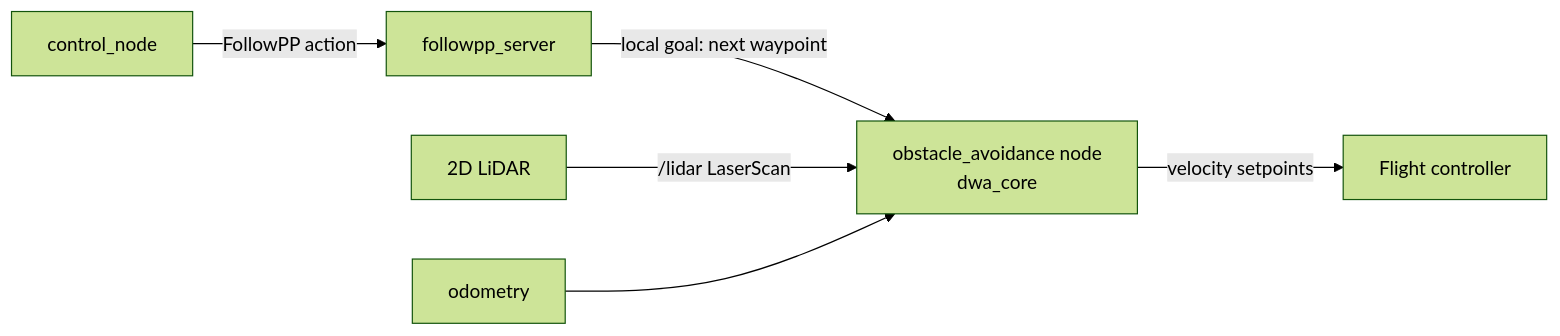
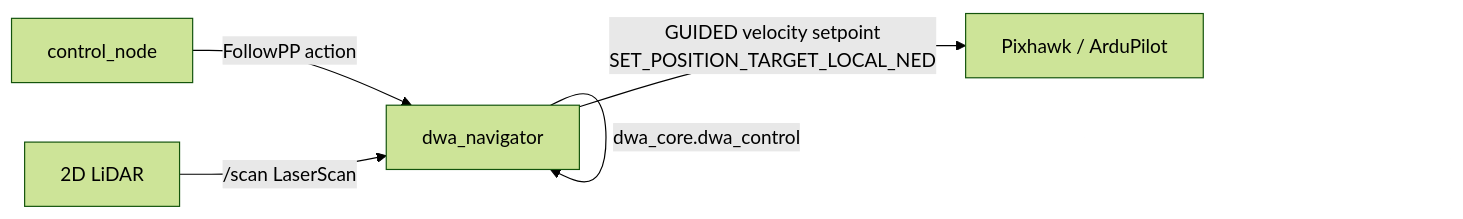
The diagram in docs/HOLO-DWA.md (blar-tw/D-Guide), drawn with Mermaid (forest theme) before and after one commit. The commit also changed other lines of this file and 18 other files, not shown here.

Commit message:
refining sysyem flow

````diff
--- a/docs/HOLO-DWA.md
+++ b/docs/HOLO-DWA.md
@@ -49,8 +45,7 @@
 ```mermaid
 flowchart LR
-    CN[control_node] -->|FollowPP action| FS[followpp_server]
-    FS -->|local goal: next waypoint| OA[obstacle_avoidance node<br/>dwa_core]
-    L[2D LiDAR] -->|/lidar LaserScan| OA
-    OD[odometry] --> OA
-    OA -->|velocity setpoints| FC[Flight controller]
+    CN[control_node] -->|FollowPP action| NAV[dwa_navigator]
+    L[2D LiDAR] -->|/scan LaserScan| NAV
+    NAV -->|dwa_core.dwa_control| NAV
+    NAV -->|GUIDED velocity setpoint<br/>SET_POSITION_TARGET_LOCAL_NED| FC[Pixhawk / ArduPilot]
 ```
````
